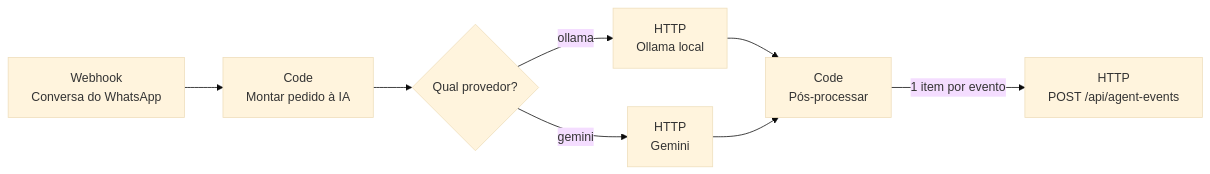
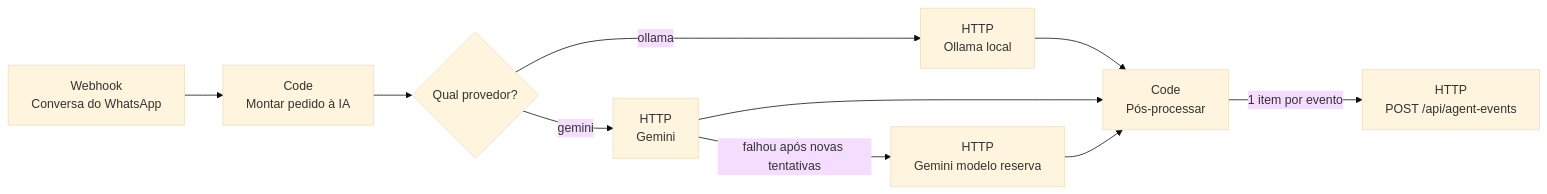
One commit to CaioRibeiroPereira/virtu-pneus-central changed the diagram in infra/n8n/README.md. Above: the diagram before and after it, drawn with Mermaid (base theme). The commit also changed other lines of this file and 17 other files, not shown here.

````diff
--- a/infra/n8n/README.md
+++ b/infra/n8n/README.md
@@ -12,10 +12,12 @@
 ```mermaid
 flowchart LR
   W[Webhook<br/>Conversa do WhatsApp] --> M[Code<br/>Montar pedido à IA]
   M --> P{Qual provedor?}
   P -- ollama --> O[HTTP<br/>Ollama local]
   P -- gemini --> G[HTTP<br/>Gemini]
+  G -- falhou após novas tentativas --> GR[HTTP<br/>Gemini modelo reserva]
   O --> PP[Code<br/>Pós-processar]
   G --> PP
+  GR --> PP
   PP -->|1 item por evento| E[HTTP<br/>POST /api/agent-events]
 ```
````
